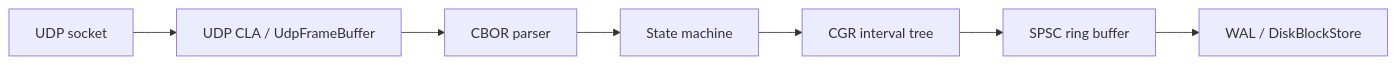
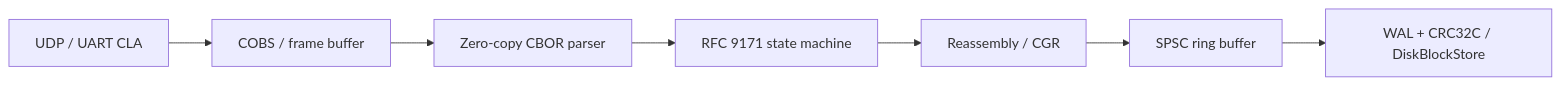
One commit to srwangcr/dtn-core changed the second of 2 diagrams in README.md. Above: the diagram before and after it, drawn with Mermaid. The commit also changed other lines of this file and 24 other files, not shown here.

First line of the commit message:
feat(bpv7): harden RFC 9171 core, add canonical extension blocks, CRC32C WAL recovery and COBS serial CLA

````diff
--- a/README.md
+++ b/README.md
@@ -425,9 +198,9 @@
 ```mermaid
 flowchart LR
-    UDP[UDP socket] --> CLA[UDP CLA / UdpFrameBuffer]
-    CLA --> CBOR[CBOR parser]
-    CBOR --> SM[State machine]
-    SM --> CGR[CGR interval tree]
-    CGR --> SPSC[SPSC ring buffer]
-    SPSC --> WAL[WAL / DiskBlockStore]
+    UDP[UDP / UART CLA] --> F[COBS / frame buffer]
+    F --> CBOR[Zero-copy CBOR parser]
+    CBOR --> SM[RFC 9171 state machine]
+    SM --> R[Reassembly / CGR]
+    R --> Q[SPSC ring buffer]
+    Q --> WAL[WAL + CRC32C / DiskBlockStore]
 ```
````
